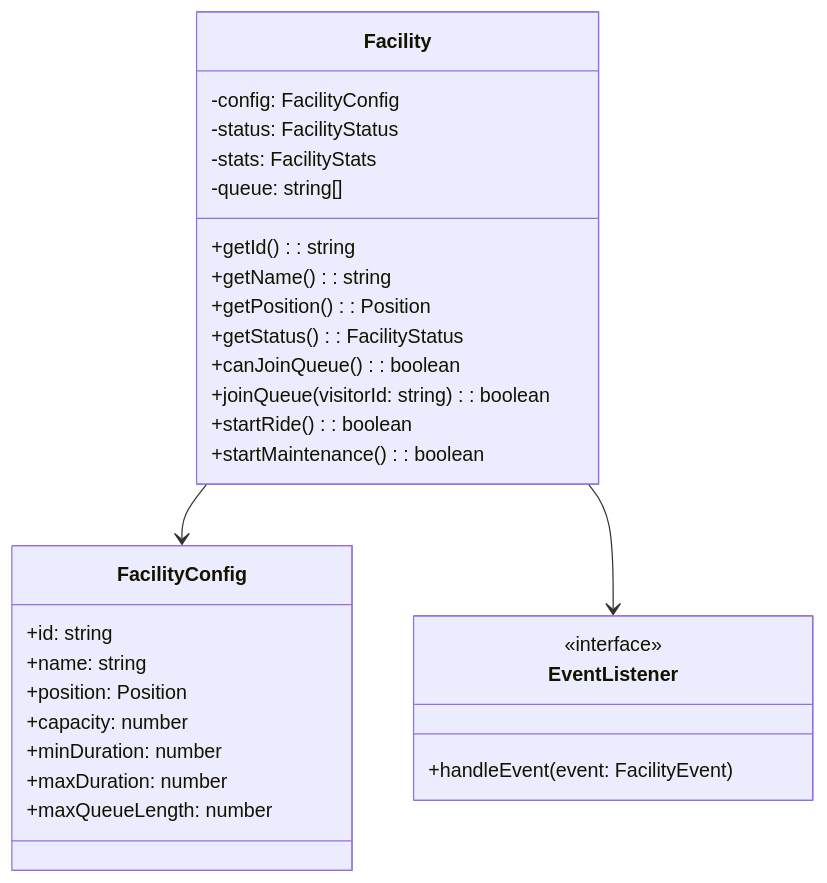
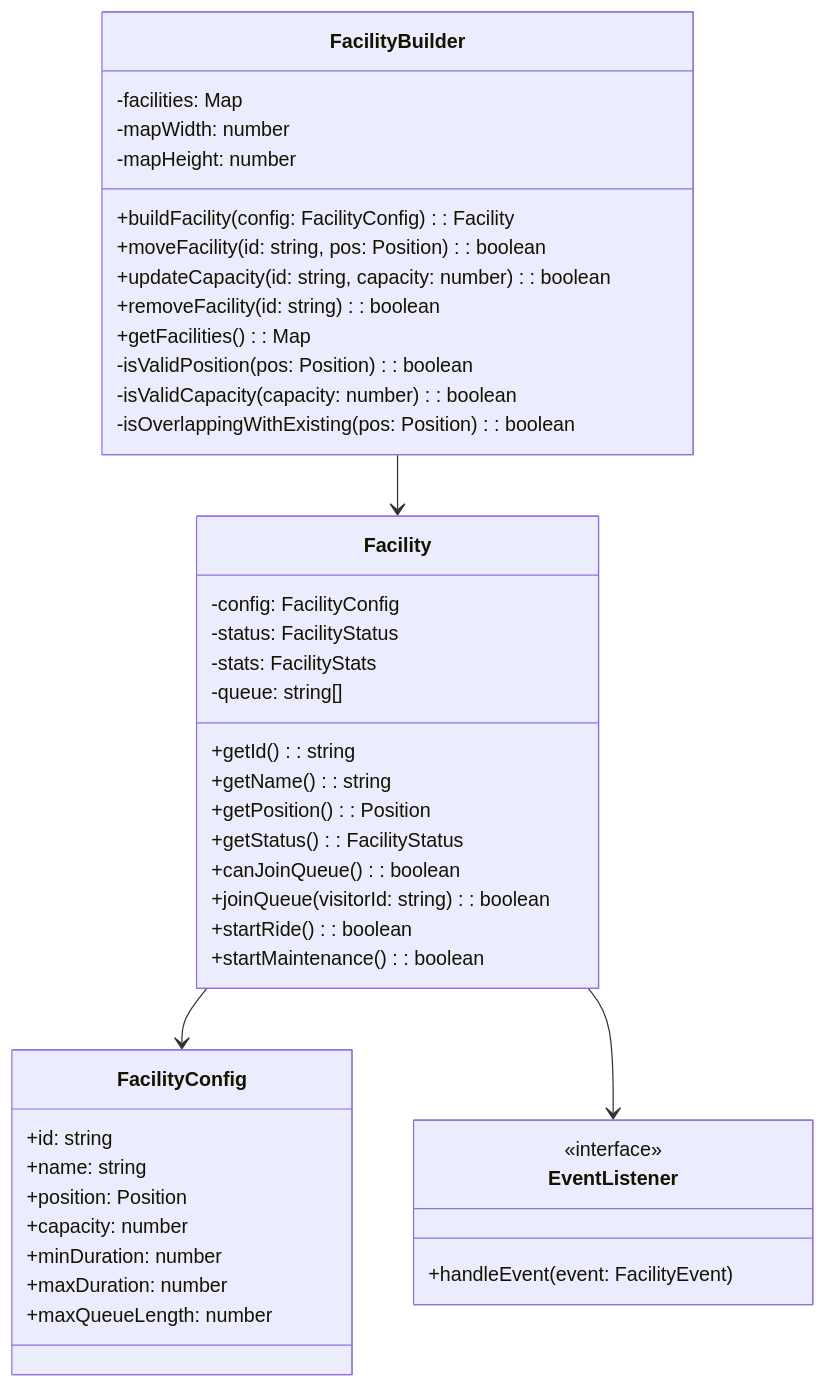
One commit to chang-ren-bang/theme-park-simulator changed the third of 3 diagrams in memory-bank/03_systemPatterns.md. Above: the diagram before and after it, drawn with Mermaid. The commit also changed other lines of this file and 6 other files, not shown here.

````diff
--- a/memory-bank/03_systemPatterns.md
+++ b/memory-bank/03_systemPatterns.md
@@ -144,35 +144,50 @@
 ```mermaid
 classDiagram
     class FacilityConfig {
         +id: string
         +name: string
         +position: Position
         +capacity: number
         +minDuration: number
         +maxDuration: number
         +maxQueueLength: number
     }
     
     class Facility {
         -config: FacilityConfig
         -status: FacilityStatus
         -stats: FacilityStats
         -queue: string[]
         +getId(): string
         +getName(): string
         +getPosition(): Position
         +getStatus(): FacilityStatus
         +canJoinQueue(): boolean
         +joinQueue(visitorId: string): boolean
         +startRide(): boolean
         +startMaintenance(): boolean
     }
     
+    class FacilityBuilder {
+        -facilities: Map<string, Facility>
+        -mapWidth: number
+        -mapHeight: number
+        +buildFacility(config: FacilityConfig): Facility
+        +moveFacility(id: string, pos: Position): boolean
+        +updateCapacity(id: string, capacity: number): boolean
+        +removeFacility(id: string): boolean
+        +getFacilities(): Map<string, Facility>
+        -isValidPosition(pos: Position): boolean
+        -isValidCapacity(capacity: number): boolean
+        -isOverlappingWithExisting(pos: Position): boolean
+    }
+    
     class EventListener {
         <<interface>>
         +handleEvent(event: FacilityEvent)
     }
     
     Facility --> FacilityConfig
     Facility --> EventListener
+    FacilityBuilder --> Facility
 ```
````
